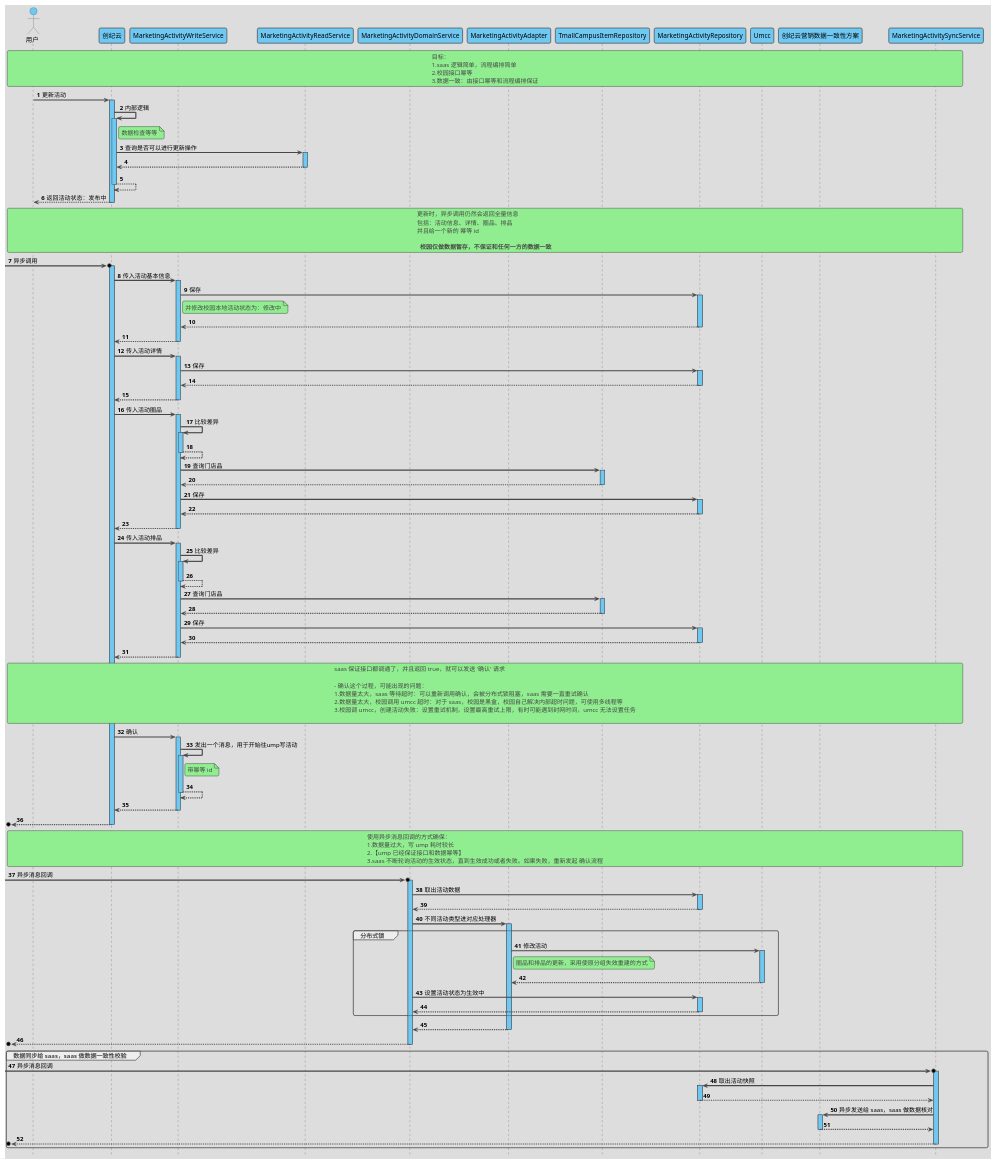
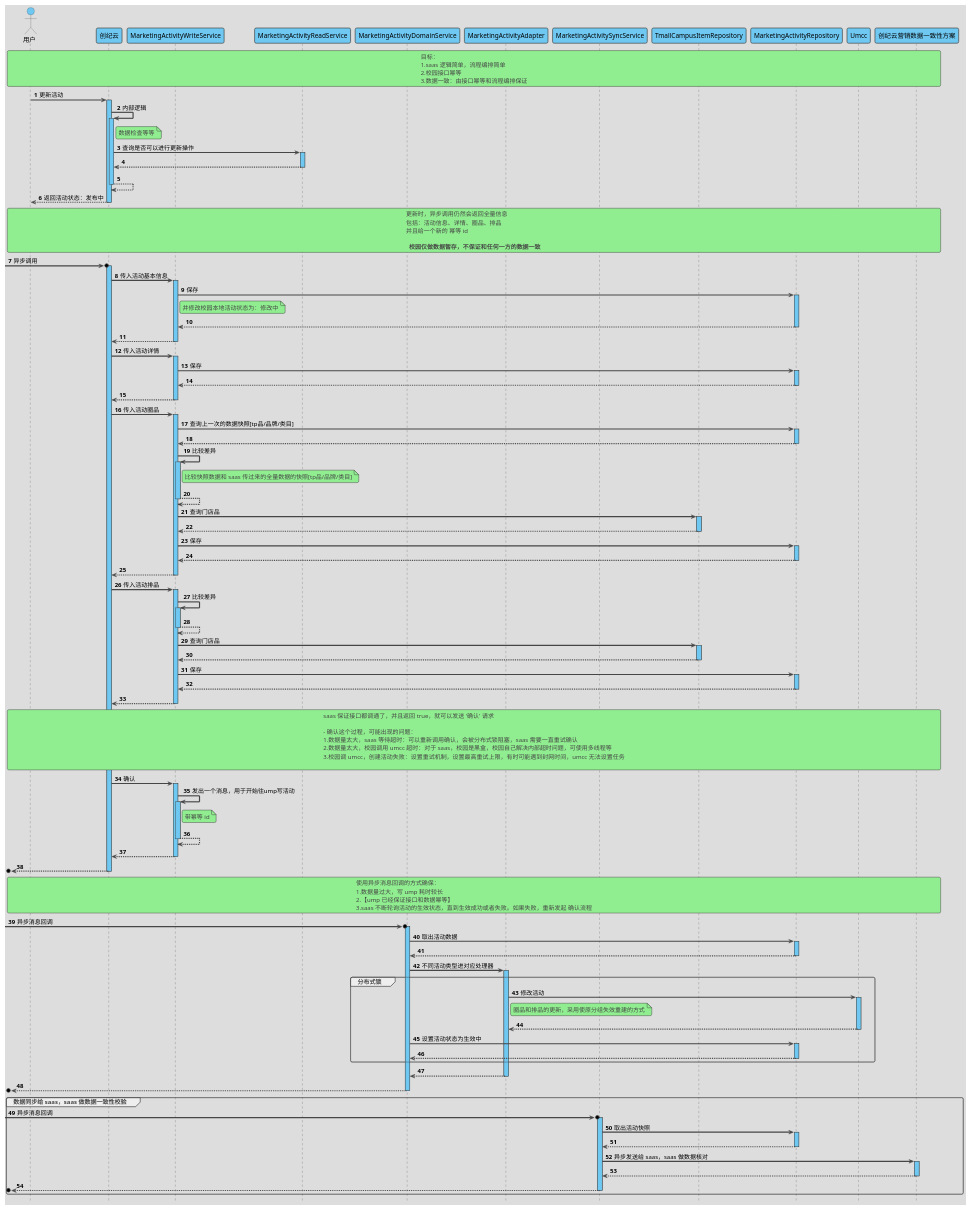
Before and after one commit to xauvlove/uml: the diagram in src/main/resource/天猫校园/营销/基本框架/更新活动v2.puml, drawn with PlantUML. The commit also changed 1 other file, not shown here.

```diff
--- a/src/main/resource/天猫校园/营销/基本框架/更新活动v2.puml
+++ b/src/main/resource/天猫校园/营销/基本框架/更新活动v2.puml
@@ -1,163 +1,170 @@
 @startuml
 
 'https://plantuml.com/sequence-diagram
 
 '隐藏脚注
 hide footbox
 
 '使用 toy 主题
 !theme toy
 
 '自动激活
 autoActivate on
 
 '编号
 autonumber 1
 
 '隐藏孤立的参与者
 hide unlinked
 
 '文字对齐，向左对齐
 skinparam sequenceMessageAlign left
 
 '箭头粗度
 skinparam sequenceArrowThickness 2.5
 
 ' 皮肤
 skinparam sequence {
     LifeLineBackgroundColor #6FC8F2
     ParticipantBackgroundColor #6FC8F2
     ParticipantFontColor black
     ActorBackgroundColor #6FC8F2
     ActorFontColor black
 }
 
 actor 用户 as user
 participant 创纪云 as saas
 participant MarketingActivityWriteService as MarketingActivityWriteService
 participant MarketingActivityReadService as MarketingActivityReadService
 participant MarketingActivityDomainService as MarketingActivityDomainService
 participant MarketingActivityAdapter as MarketingActivityAdapter
+participant MarketingActivitySyncService as MarketingActivitySyncService
 participant TmallCampusItemRepository as TmallCampusItemRepository
 participant MarketingActivityRepository as MarketingActivityRepository
 participant Umcc as Umcc
 participant 创纪云营销数据一致性方案 as SaasMarketingActivityChecker
 
 rnote across
     目标：
     1.saas 逻辑简单，流程编排简单
     2.校园接口幂等
     3.数据一致：由接口幂等和流程编排保证
 end note
 
 user -> saas : 更新活动
 
 saas -> saas : 内部逻辑
 note right of saas
     数据检查等等
 end note
 
 saas -> MarketingActivityReadService : 查询是否可以进行更新操作
 return
 return
 return 返回活动状态：发布中
 
 rnote across
     更新时，异步调用仍然会返回全量信息
     包括：活动信息、详情、圈品、排品
     并且给一个新的 幂等 id
 
      ** 校园仅做数据暂存，不保证和任何一方的数据一致 **
 end note
 
 ->o saas : 异步调用
 
 saas -> MarketingActivityWriteService : 传入活动基本信息
 
 MarketingActivityWriteService -> MarketingActivityRepository : 保存
 note right of MarketingActivityWriteService
     并修改校园本地活动状态为：修改中
 end note
 return
 return
 
 saas -> MarketingActivityWriteService : 传入活动详情
 MarketingActivityWriteService -> MarketingActivityRepository : 保存
 return
 return
 
 saas -> MarketingActivityWriteService : 传入活动圈品
 
+MarketingActivityWriteService -> MarketingActivityRepository : 查询上一次的数据快照[tp品/品牌/类目]
+return
+
 MarketingActivityWriteService -> MarketingActivityWriteService : 比较差异
+note right of MarketingActivityWriteService
+    比较快照数据和 saas 传过来的全量数据的快照[tp品/品牌/类目]
+end note
 return
 
 MarketingActivityWriteService -> TmallCampusItemRepository : 查询门店品
 return
 
 MarketingActivityWriteService -> MarketingActivityRepository : 保存
 return
 return
 
 saas -> MarketingActivityWriteService : 传入活动排品
 
 MarketingActivityWriteService -> MarketingActivityWriteService : 比较差异
 return
 
 MarketingActivityWriteService -> TmallCampusItemRepository : 查询门店品
 return
 
 MarketingActivityWriteService -> MarketingActivityRepository : 保存
 return
 return
 
 rnote across
     saas 保证接口都调通了，并且返回 true，就可以发送 '确认' 请求
 
     - 确认这个过程，可能出现的问题：
     1.数据量太大，saas 等待超时：可以重新调用确认，会被分布式锁阻塞，saas 需要一直重试确认
     2.数据量太大，校园调用 umcc 超时：对于 saas，校园是黑盒，校园自己解决内部超时问题，可使用多线程等
     3.校园调 umcc，创建活动失败：设置重试机制，设置最高重试上限，有时可能遇到封网时间，umcc 无法设置任务
 
 end note
 saas -> MarketingActivityWriteService : 确认
 MarketingActivityWriteService -> MarketingActivityWriteService : 发出一个消息，用于开始往ump写活动
 note right of MarketingActivityWriteService
     带幂等 id
 end note
 return
 return
 return
 
 rnote across
     使用异步消息回调的方式确保：
     1.数据量过大，写 ump 耗时较长
     2.【ump 已经保证接口和数据幂等】
     3.saas 不断轮询活动的生效状态，直到生效成功或者失败。如果失败，重新发起 确认流程
 end note
 ->o MarketingActivityDomainService : 异步消息回调
 MarketingActivityDomainService -> MarketingActivityRepository : 取出活动数据
 return
 
 MarketingActivityDomainService -> MarketingActivityAdapter : 不同活动类型进对应处理器
 
 group 分布式锁
     MarketingActivityAdapter -> Umcc : 修改活动
     note right of MarketingActivityAdapter
         圈品和排品的更新，采用使原分组失效重建的方式
     end note
     return
     MarketingActivityDomainService -> MarketingActivityRepository : 设置活动状态为生效中
     return
 end group
 return
 return
 
 group 数据同步给 saas，saas 做数据一致性校验
      ->o MarketingActivitySyncService : 异步消息回调
      MarketingActivitySyncService -> MarketingActivityRepository : 取出活动快照
      return
      MarketingActivitySyncService -> SaasMarketingActivityChecker : 异步发送给 saas，saas 做数据核对
      return
      return
 end group
 @enduml
```
